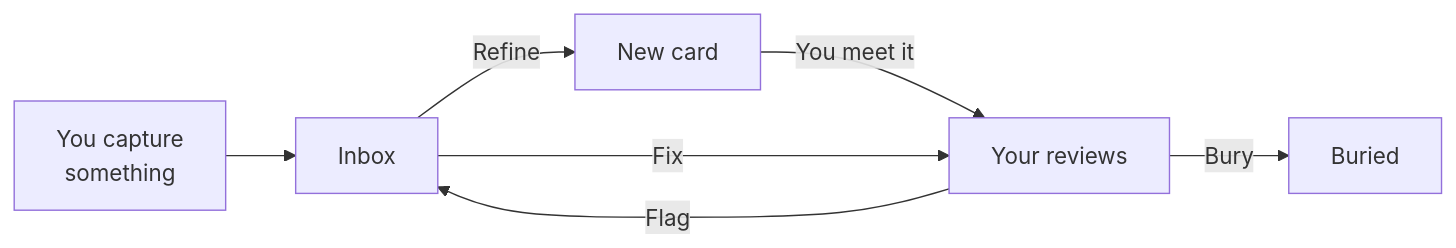
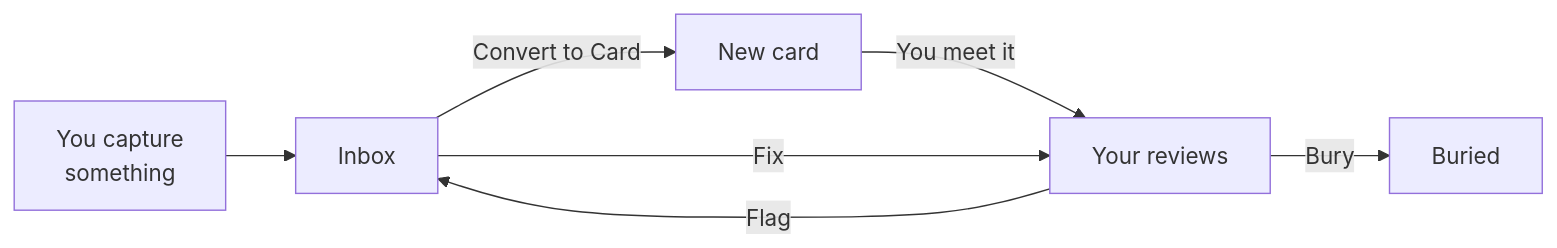
Before and after one commit to lucastkacz/ficha: the second of 2 diagrams in README.md, drawn with Mermaid. The commit also changed other lines of this file and 104 other files, not shown here.

````diff
--- a/README.md
+++ b/README.md
@@ -55,9 +65,9 @@
 ```mermaid
 flowchart LR
     capture["You capture<br/>something"] --> inbox["Inbox"]
-    inbox -- "Refine" --> new["New card"]
+    inbox -- "Convert to Card" --> new["New card"]
     new -- "You meet it" --> reviews["Your reviews"]
     reviews -- "Flag" --> inbox
     inbox -- "Fix" --> reviews
     reviews -- "Bury" --> buried["Buried"]
 ```
````
